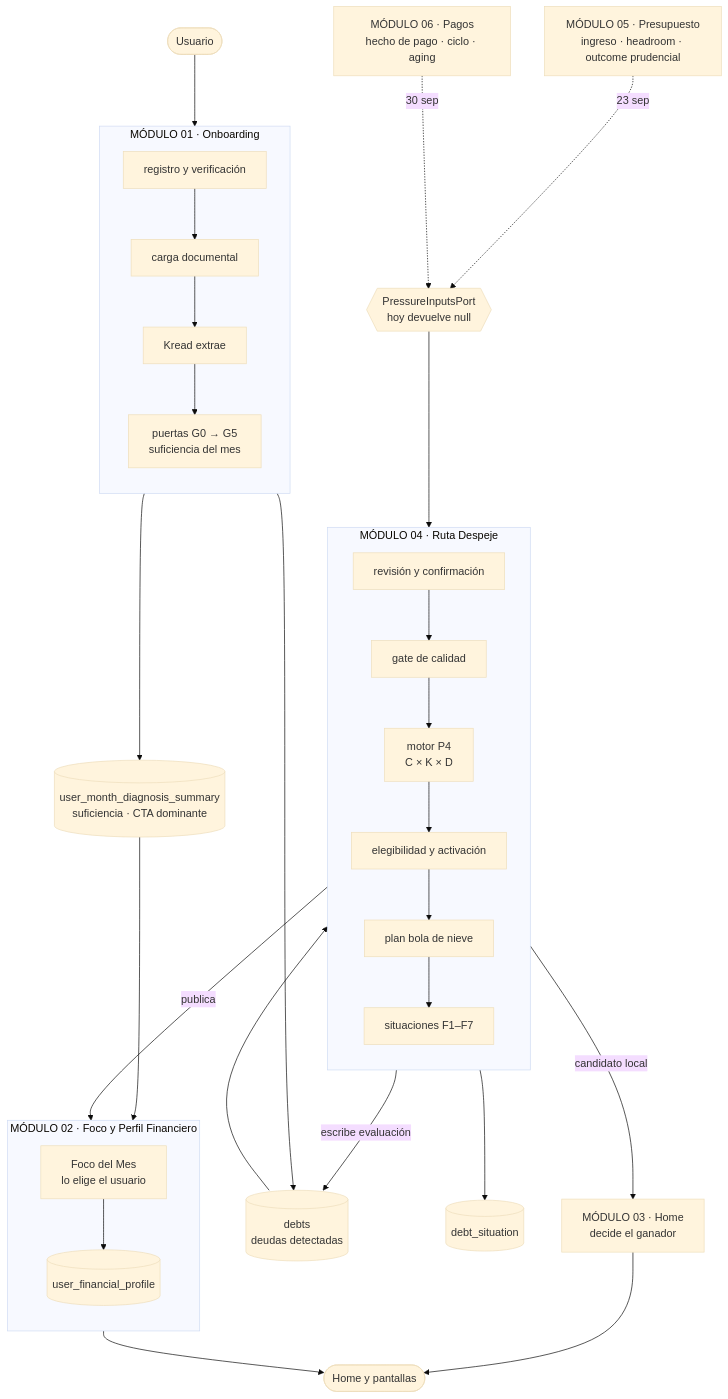
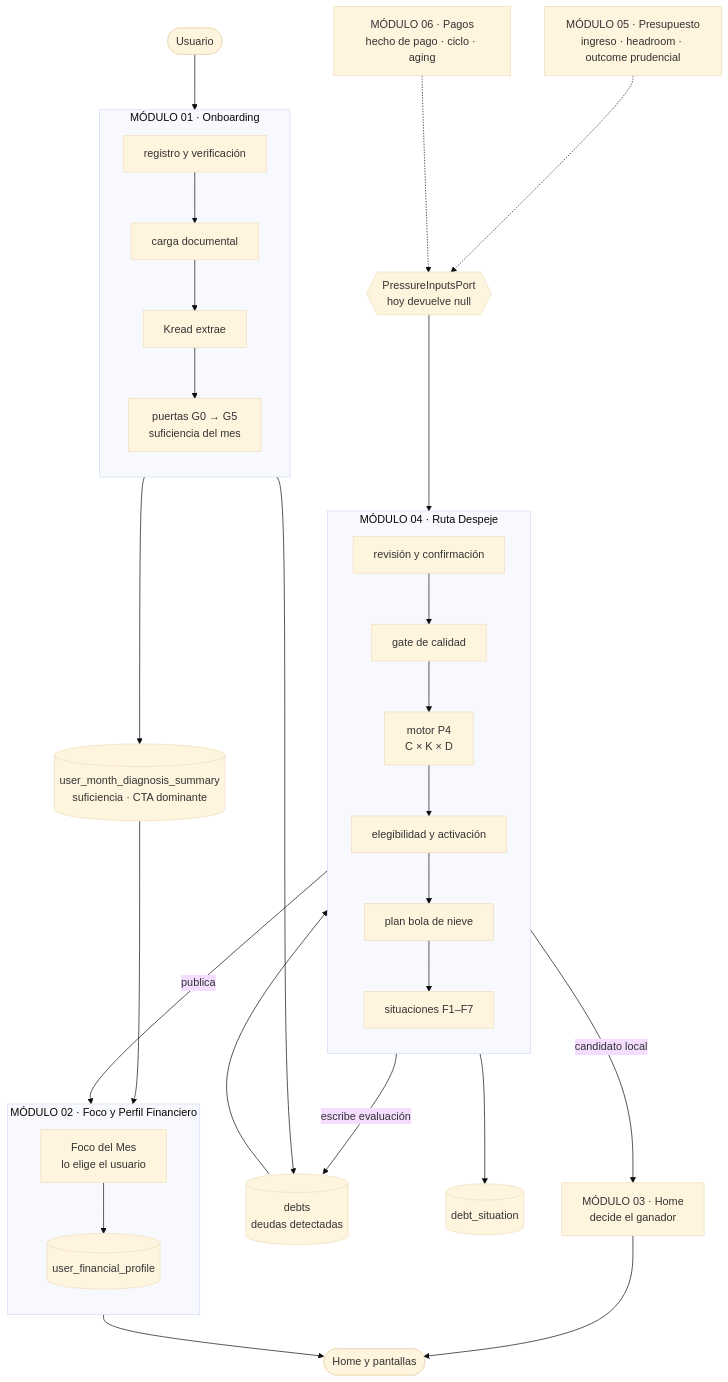
The diagram in context/wiki-codigo/integracion-modulos.md (miguelherize-creator/walvy-workspace), drawn with Mermaid (base theme) before and after one commit. The commit also changed other lines of this file and 3 other files, not shown here.

````diff
--- a/context/wiki-codigo/integracion-modulos.md
+++ b/context/wiki-codigo/integracion-modulos.md
@@ -7,43 +7,43 @@
 ```mermaid
 flowchart TD
     U([Usuario]) --> M1
 
     subgraph M1["MÓDULO 01 · Onboarding"]
         direction TB
         REG[registro y verificación] --> DOC[carga documental]
         DOC --> KR[Kread extrae]
         KR --> GATES["puertas G0 → G5<br/>suficiencia del mes"]
     end
 
     GATES --> DIAG[(user_month_diagnosis_summary<br/>suficiencia · CTA dominante)]
     KR --> DEUDAS[(debts<br/>deudas detectadas)]
 
     DIAG --> M2
     subgraph M2["MÓDULO 02 · Foco y Perfil Financiero"]
         direction TB
         FOCO[Foco del Mes<br/>lo elige el usuario] --> PERFIL[(user_financial_profile)]
     end
 
     DEUDAS --> M4
     subgraph M4["MÓDULO 04 · Ruta Despeje"]
         direction TB
         REV[revisión y confirmación] --> GATE[gate de calidad]
         GATE --> P4["motor P4<br/>C × K × D"]
         P4 --> ELEG[elegibilidad y activación]
         ELEG --> PLAN[plan bola de nieve]
         PLAN --> SIT[situaciones F1–F7]
     end
 
     M4 -->|publica| PERFIL
     SIT --> DS[(debt_situation)]
     M4 -->|escribe evaluación| DEUDAS
 
     PORT{{"PressureInputsPort<br/>hoy devuelve null"}}
-    M5["MÓDULO 05 · Presupuesto<br/>ingreso · headroom · outcome prudencial"] -.->|23 sep| PORT
-    M6["MÓDULO 06 · Pagos<br/>hecho de pago · ciclo · aging"] -.->|30 sep| PORT
+    M5["MÓDULO 05 · Presupuesto<br/>ingreso · headroom · outcome prudencial"] -.-> PORT
+    M6["MÓDULO 06 · Pagos<br/>hecho de pago · ciclo · aging"] -.-> PORT
     PORT --> P4
 
     PERFIL --> HOME([Home y pantallas])
     M4 -->|candidato local| M3["MÓDULO 03 · Home<br/>decide el ganador"]
     M3 --> HOME
 ```
````
